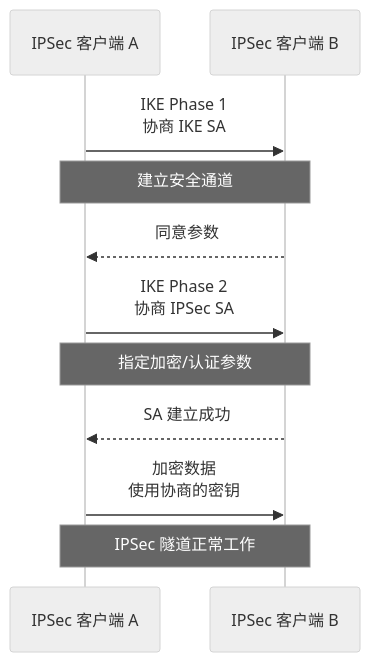
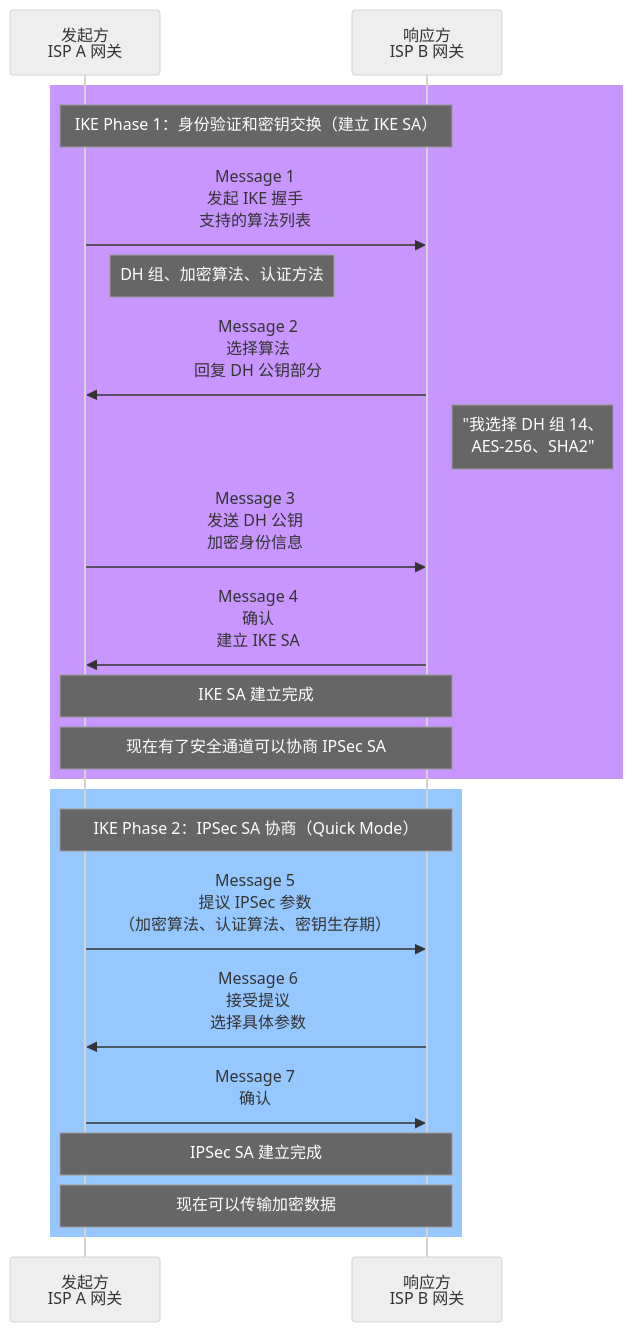
Before and after one commit to SKT-Shurima/NetworkMastery: the second of 2 diagrams in docs/guide/security/ipsec.md, drawn with Mermaid (neutral theme). The commit also changed other lines of this file and 8 other files, not shown here.

````diff
--- a/docs/guide/security/ipsec.md
+++ b/docs/guide/security/ipsec.md
@@ -197,19 +93,35 @@
 ```mermaid
 sequenceDiagram
-    participant ClientA as IPSec 客户端 A
-    participant ClientB as IPSec 客户端 B
+    participant I as 发起方<br/>ISP A 网关
+    participant R as 响应方<br/>ISP B 网关
     
-    ClientA->>ClientB: IKE Phase 1<br/>协商 IKE SA
-    Note over ClientA,ClientB: 建立安全通道
+    rect rgb(200, 150, 255)
+    Note over I,R: IKE Phase 1：身份验证和密钥交换（建立 IKE SA）
     
-    ClientB-->>ClientA: 同意参数
+    I->>R: Message 1<br/>发起 IKE 握手<br/>支持的算法列表
+    Note right of I: DH 组、加密算法、认证方法
     
-    ClientA->>ClientB: IKE Phase 2<br/>协商 IPSec SA
-    Note over ClientA,ClientB: 指定加密/认证参数
+    R->>I: Message 2<br/>选择算法<br/>回复 DH 公钥部分
+    Note right of R: "我选择 DH 组 14、<br/>AES-256、SHA2"
     
-    ClientB-->>ClientA: SA 建立成功
+    I->>R: Message 3<br/>发送 DH 公钥<br/>加密身份信息
     
-    ClientA->>ClientB: 加密数据<br/>使用协商的密钥
+    R->>I: Message 4<br/>确认<br/>建立 IKE SA
     
-    Note over ClientA,ClientB: IPSec 隧道正常工作
+    Note over I,R: IKE SA 建立完成
+    Note over I,R: 现在有了安全通道可以协商 IPSec SA
+    end
+    
+    rect rgb(150, 200, 255)
+    Note over I,R: IKE Phase 2：IPSec SA 协商（Quick Mode）
+    
+    I->>R: Message 5<br/>提议 IPSec 参数<br/>（加密算法、认证算法、密钥生存期）
+    
+    R->>I: Message 6<br/>接受提议<br/>选择具体参数
+    
+    I->>R: Message 7<br/>确认
+    
+    Note over I,R: IPSec SA 建立完成
+    Note over I,R: 现在可以传输加密数据
+    end
 ```
````
